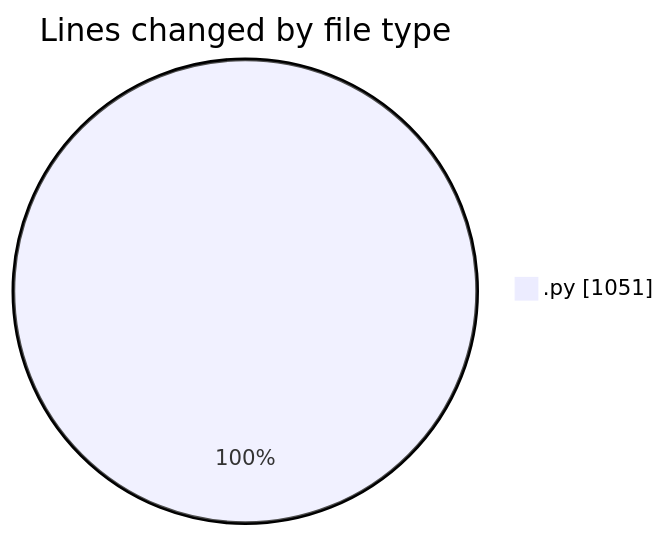
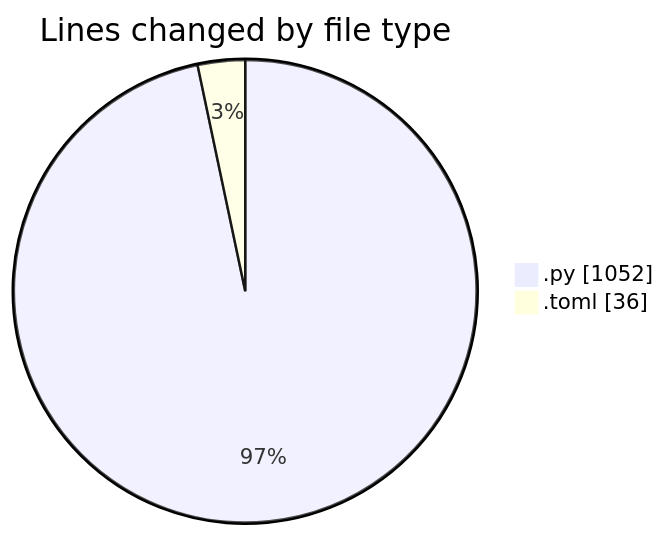
Before and after one commit to julien-gomy/code-tracking: the first of 2 diagrams in 2025-11-20/eventscop-api-guide__workspace_/README.md, drawn with Mermaid. The commit also changed other lines of this file and 1 other file, not shown here.

````diff
--- a/2025-11-20/eventscop-api-guide__workspace_/README.md
+++ b/2025-11-20/eventscop-api-guide__workspace_/README.md
@@ -25,5 +26,6 @@
 ```mermaid
 pie showData
 title Lines changed by file type
-".py" : 1051
+".py" : 1052
+".toml" : 36
 ```
````
